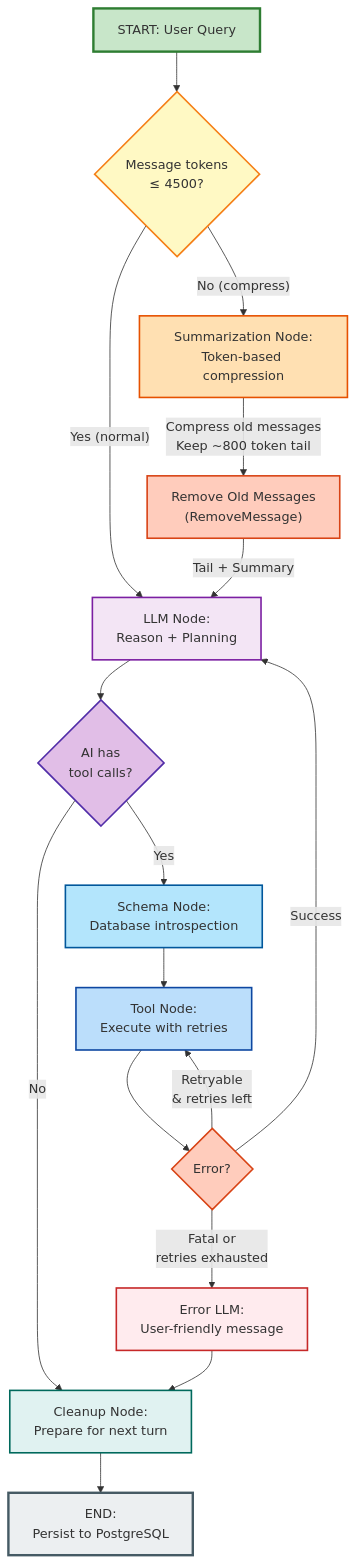
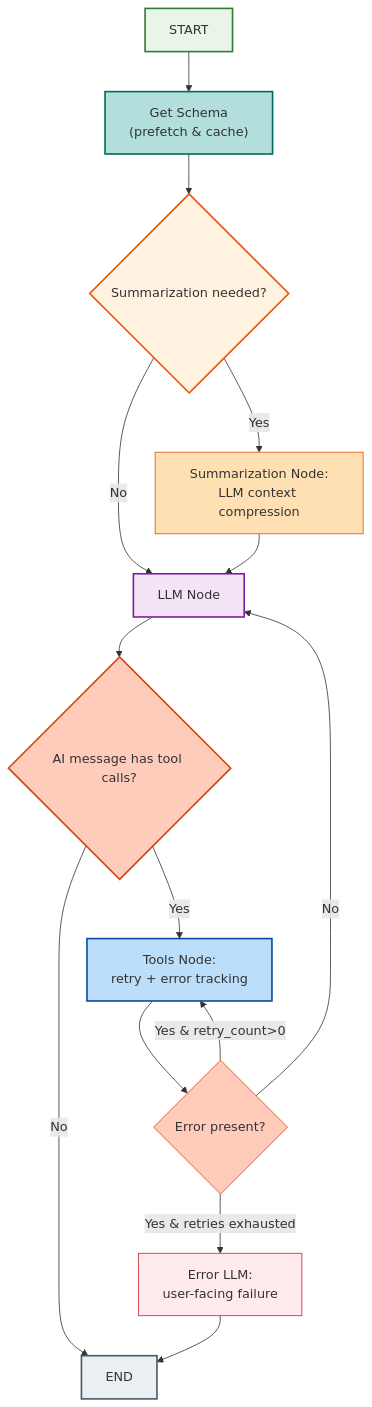
The first of 2 diagrams in docs/TECHNICAL_ARCHITECTURE.md (phaa/dyno-agent), drawn with Mermaid before and after one commit. The commit also changed other lines of this file and 18 other files, not shown here.

Commit message:
refactor: new node utils folder estructure and new agent flow

````diff
--- a/docs/TECHNICAL_ARCHITECTURE.md
+++ b/docs/TECHNICAL_ARCHITECTURE.md
@@ -1168,38 +1168,32 @@
 ```mermaid
 flowchart TD
-    START["START: User Query"] --> CHECK_TOKENS{"Message tokens<br/>≤ 4500?"}
+    START["START"] --> GET_SCHEMA["Get Schema<br/>(prefetch & cache)"]
+    GET_SCHEMA --> ROUTE_SCHEMA{"Summarization needed?"}
 
-    CHECK_TOKENS -->|"Yes (normal)"| LLM["LLM Node:<br/>Reason + Planning"]
-    CHECK_TOKENS -->|"No (compress)"| SUMMARIZE["Summarization Node:<br/>Token-based compression"]
+    ROUTE_SCHEMA -->|"Yes"| SUMMARIZE["Summarization Node:<br/>LLM context compression"]
+    ROUTE_SCHEMA -->|"No"| LLM["LLM Node"]
 
-    SUMMARIZE -->|"Compress old messages<br/>Keep ~800 token tail"| REMOVE["Remove Old Messages<br/>(RemoveMessage)"]
-    REMOVE -->|"Tail + Summary"| LLM
+    SUMMARIZE --> LLM
 
-    LLM --> ROUTE_LLM{"AI has<br/>tool calls?"}
-    
-    ROUTE_LLM -->|"Yes"| SCHEMA["Schema Node:<br/>Database introspection"]
-    ROUTE_LLM -->|"No"| CLEANUP["Cleanup Node:<br/>Prepare for next turn"]
+    LLM --> ROUTE_LLM{"AI message has tool calls?"}
+    ROUTE_LLM -->|"Yes"| TOOLS["Tools Node:<br/>retry + error tracking"]
+    ROUTE_LLM -->|"No"| END["END"]
 
-    SCHEMA --> TOOLS["Tool Node:<br/>Execute with retries"]
-    
-    TOOLS --> ROUTE_TOOLS{"Error?"}
-    ROUTE_TOOLS -->|"Retryable<br/>& retries left"| TOOLS
-    ROUTE_TOOLS -->|"Fatal or<br/>retries exhausted"| ERROR_LLM["Error LLM:<br/>User-friendly message"]
-    ROUTE_TOOLS -->|"Success"| LLM
+    TOOLS --> ROUTE_TOOLS{"Error present?"}
+    ROUTE_TOOLS -->|"Yes & retry_count>0"| TOOLS
+    ROUTE_TOOLS -->|"Yes & retries exhausted"| ERROR_LLM["Error LLM:<br/>user-facing failure"]
+    ROUTE_TOOLS -->|"No"| LLM
 
-    ERROR_LLM --> CLEANUP
-    CLEANUP --> END["END:<br/>Persist to PostgreSQL"]
+    ERROR_LLM --> END
 
-    style START fill:#c8e6c9,stroke:#2e7d32,stroke-width:3px
-    style CHECK_TOKENS fill:#fff9c4,stroke:#f57f17,stroke-width:2px
-    style SUMMARIZE fill:#ffe0b2,stroke:#e65100,stroke-width:2px
-    style REMOVE fill:#ffccbc,stroke:#d84315,stroke-width:2px
+    style START fill:#e8f5e8,stroke:#2e7d32,stroke-width:2px
+    style GET_SCHEMA fill:#b2dfdb,stroke:#00695c,stroke-width:2px
+    style ROUTE_SCHEMA fill:#fff3e0,stroke:#e65100,stroke-width:2px
+    style SUMMARIZE fill:#ffe0b2,stroke:#e65100
     style LLM fill:#f3e5f5,stroke:#7b1fa2,stroke-width:2px
-    style ROUTE_LLM fill:#e1bee7,stroke:#512da8,stroke-width:2px
-    style SCHEMA fill:#b3e5fc,stroke:#01579b,stroke-width:2px
+    style ROUTE_LLM fill:#ffccbc,stroke:#d84315,stroke-width:2px
     style TOOLS fill:#bbdefb,stroke:#0d47a1,stroke-width:2px
-    style ROUTE_TOOLS fill:#ffccbc,stroke:#d84315,stroke-width:2px
-    style ERROR_LLM fill:#ffebee,stroke:#c62828,stroke-width:2px
-    style CLEANUP fill:#e0f2f1,stroke:#00695c,stroke-width:2px
-    style END fill:#eceff1,stroke:#455a64,stroke-width:3px
+    style ROUTE_TOOLS fill:#ffccbc,stroke:#d84315
+    style ERROR_LLM fill:#ffebee,stroke:#c62828
+    style END fill:#eceff1,stroke:#455a64,stroke-width:2px
 ```
````
